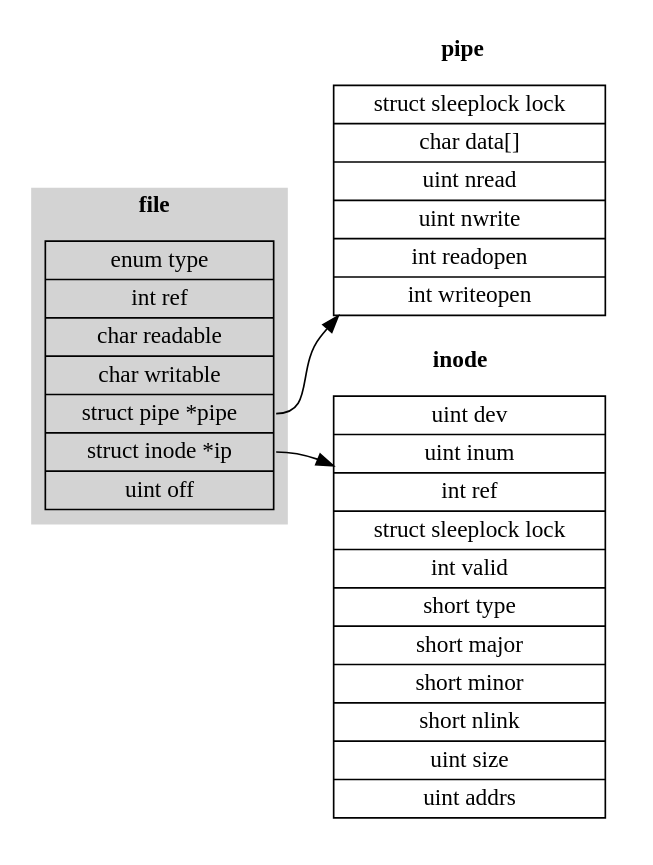
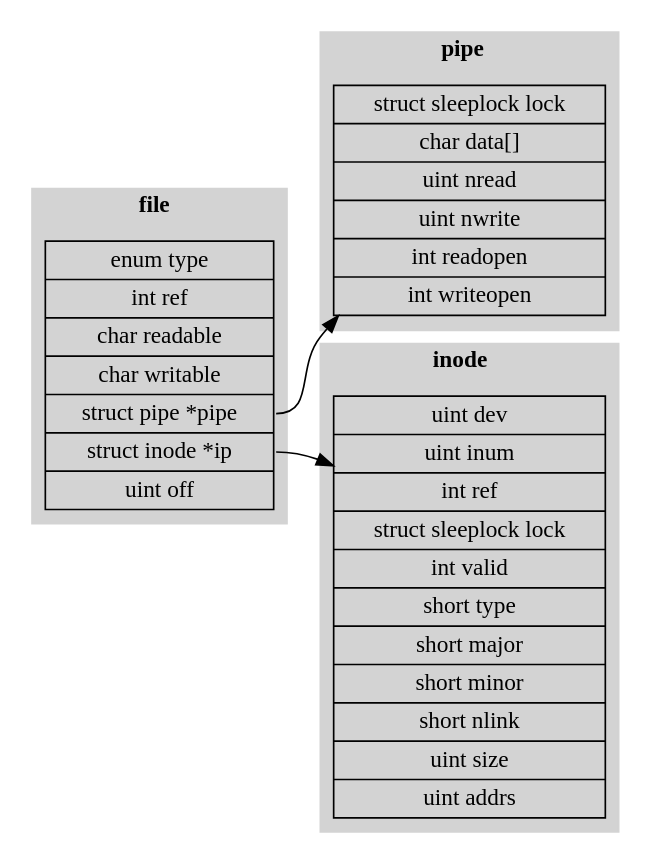
The diagram in img/file-struct.dot (Jeanhwea/xv6-course), drawn with Graphviz before and after one commit. The commit also changed 1 other file, not shown here.

```diff
--- a/img/file-struct.dot
+++ b/img/file-struct.dot
@@ -1,21 +1,21 @@
 digraph file_struct {
   rankdir=LR;
   node [shape=record];
 
   subgraph cluster_file {
     label=<<b>file</b>>; style=filled; color=lightgray;
     file [label="enum type|int ref|char readable|char writable|<p>struct pipe *pipe|<i>struct inode *ip|uint off"];
   }
   subgraph cluster_pipe {
-    label =<<b>pipe</b>>; style=filled; color=white;
+    label =<<b>pipe</b>>; style=filled; color=lightgray;
     pipe [label="struct sleeplock lock|char data[]|uint nread|uint nwrite|int readopen|int writeopen"];
   }
   subgraph cluster_inode {
-    label =<<b>inode</b>>; style=filled; color=white;
+    label =<<b>inode</b>>; style=filled; color=lightgray;
     inode [label="uint dev|uint inum|int ref|struct sleeplock lock|int valid|short type|short major|short minor|short nlink|uint size|uint addrs"];
   }
 
   file:p -> pipe;
   file:i -> inode;
 
 }
```
